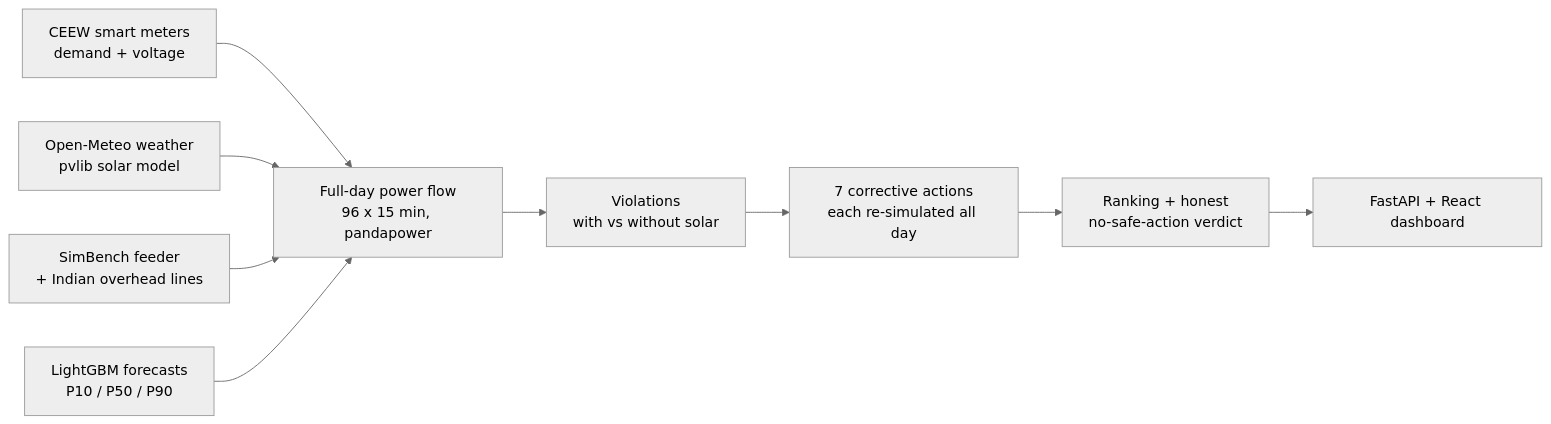
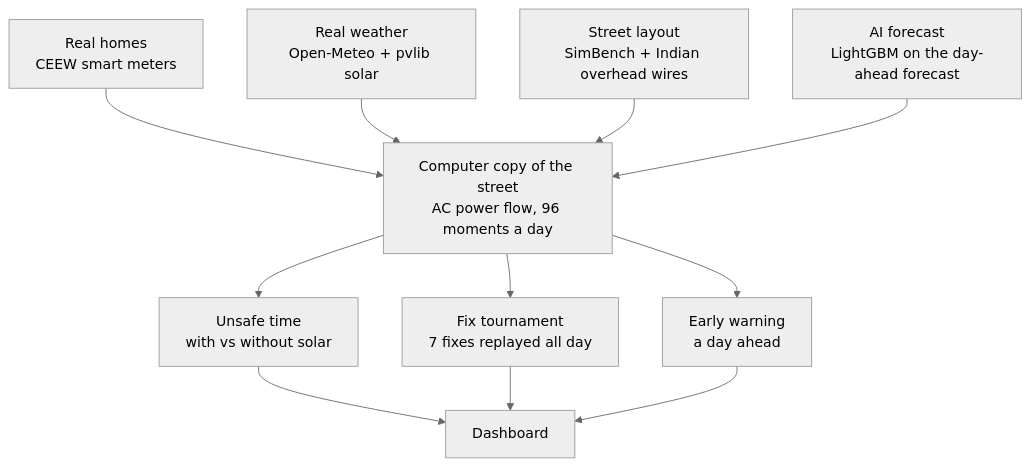
The diagram in README.md (abhay-hanchate/GridTwin), drawn with Mermaid (neutral theme) before and after one commit. The commit also changed other lines of this file, not shown here.

First line of the commit message:
docs: refresh README for the current dashboard and team

````diff
--- a/README.md
+++ b/README.md
@@ -55,11 +72,13 @@
 ```mermaid
-flowchart LR
-  A[CEEW smart meters<br/>demand + voltage] --> D[Full-day power flow<br/>96 x 15 min, pandapower]
-  B[Open-Meteo weather<br/>pvlib solar model] --> D
-  C[SimBench feeder<br/>+ Indian overhead lines] --> D
-  F[LightGBM forecasts<br/>P10 / P50 / P90] --> D
-  D --> E[Violations<br/>with vs without solar]
-  E --> G[7 corrective actions<br/>each re-simulated all day]
-  G --> H[Ranking + honest<br/>no-safe-action verdict]
-  H --> I[FastAPI + React dashboard]
+flowchart TD
+  A[Real homes<br/>CEEW smart meters] --> E[Computer copy of the street<br/>AC power flow, 96 moments a day]
+  B[Real weather<br/>Open-Meteo + pvlib solar] --> E
+  C[Street layout<br/>SimBench + Indian overhead wires] --> E
+  D[AI forecast<br/>LightGBM on the day-ahead forecast] --> E
+  E --> F[Unsafe time<br/>with vs without solar]
+  E --> G[Fix tournament<br/>7 fixes replayed all day]
+  E --> H[Early warning<br/>a day ahead]
+  F --> I[Dashboard]
+  G --> I
+  H --> I
 ```
````
